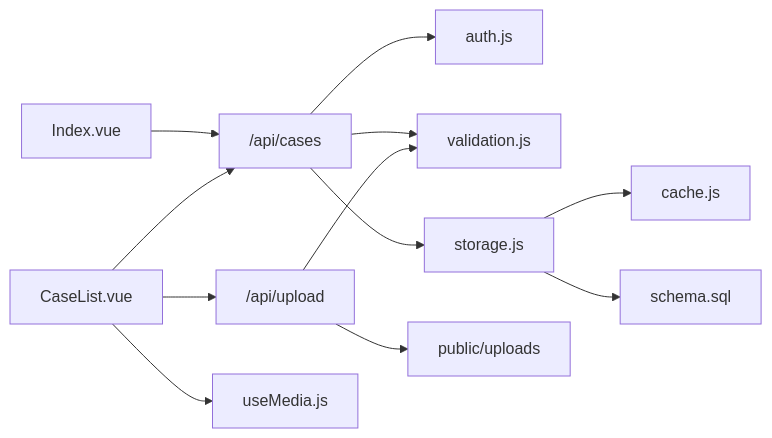
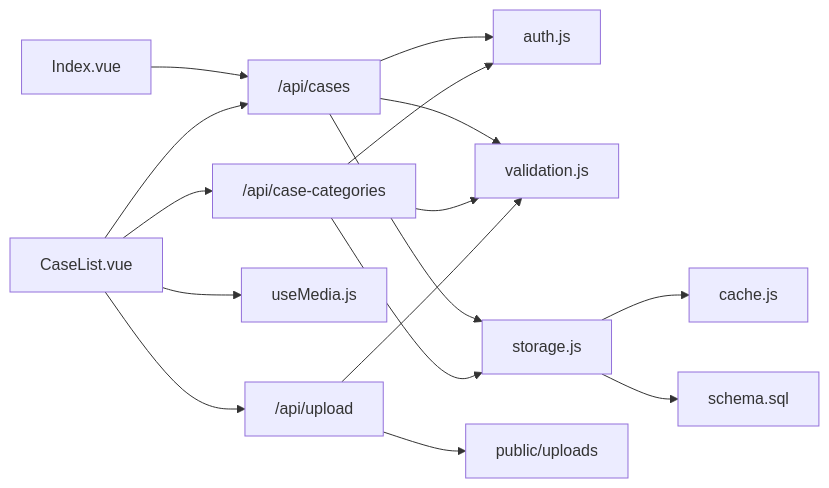
Before and after one commit to Giraffe-Han/microAPP: the fifth of 5 diagrams in .qoder/repowiki/zh/content/业务功能模块/案例展示系统.md, drawn with Mermaid. The commit also changed other lines of this file and 32 other files, not shown here.

````diff
--- a/.qoder/repowiki/zh/content/业务功能模块/案例展示系统.md
+++ b/.qoder/repowiki/zh/content/业务功能模块/案例展示系统.md
@@ -250,14 +310,18 @@
 ```mermaid
 graph LR
 FE_Index["Index.vue"] --> API_Cases["/api/cases"]
 FE_Admin["CaseList.vue"] --> API_Cases
 FE_Admin --> API_Upload["/api/upload"]
 FE_Admin --> FE_Media["useMedia.js"]
+FE_Admin --> API_Categories["/api/case-categories"]
 API_Cases --> MW_Auth["auth.js"]
 API_Cases --> MW_Validate["validation.js"]
+API_Categories --> MW_Auth
+API_Categories --> MW_Validate
 API_Cases --> Store["storage.js"]
+API_Categories --> Store
 Store --> Cache["cache.js"]
 Store --> DB["schema.sql"]
 API_Upload --> MW_Validate
 API_Upload --> FS["public/uploads"]
 ```
````
